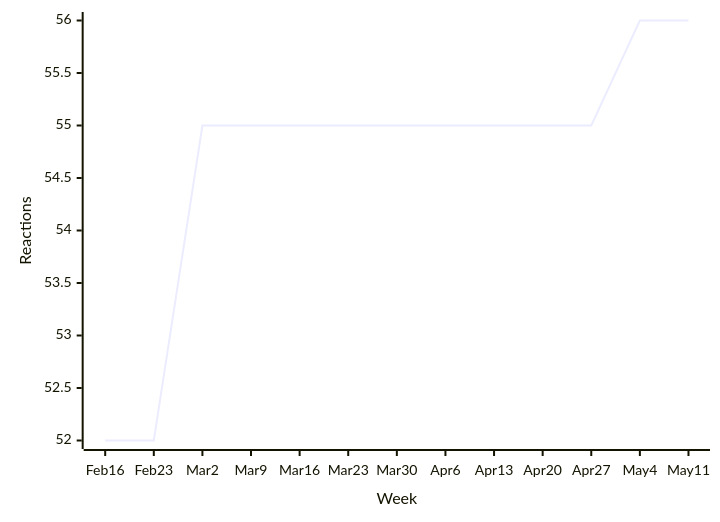
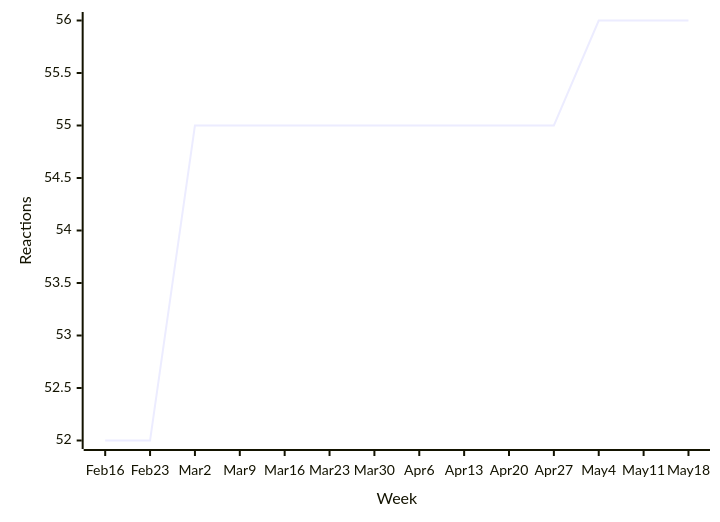
One commit to loic-sharma/github-insights changed diagram 16 of 49 in README.md. Above: the diagram before and after it, drawn with Mermaid. The commit also changed other lines of this file and 3 other files, not shown here.

````diff
--- a/README.md
+++ b/README.md
@@ -611,6 +594,6 @@
   ```mermaid
   xychart-beta
-    x-axis "Week" [Feb 16, Feb 23, Mar 2, Mar 9, Mar 16, Mar 23, Mar 30, Apr 6, Apr 13, Apr 20, Apr 27, May 4, May 11]
+    x-axis "Week" [Feb 16, Feb 23, Mar 2, Mar 9, Mar 16, Mar 23, Mar 30, Apr 6, Apr 13, Apr 20, Apr 27, May 4, May 11, May 18]
     y-axis "Reactions"
-    line [52, 52, 55, 55, 55, 55, 55, 55, 55, 55, 55, 56, 56]
+    line [52, 52, 55, 55, 55, 55, 55, 55, 55, 55, 55, 56, 56, 56]
   ```
````
